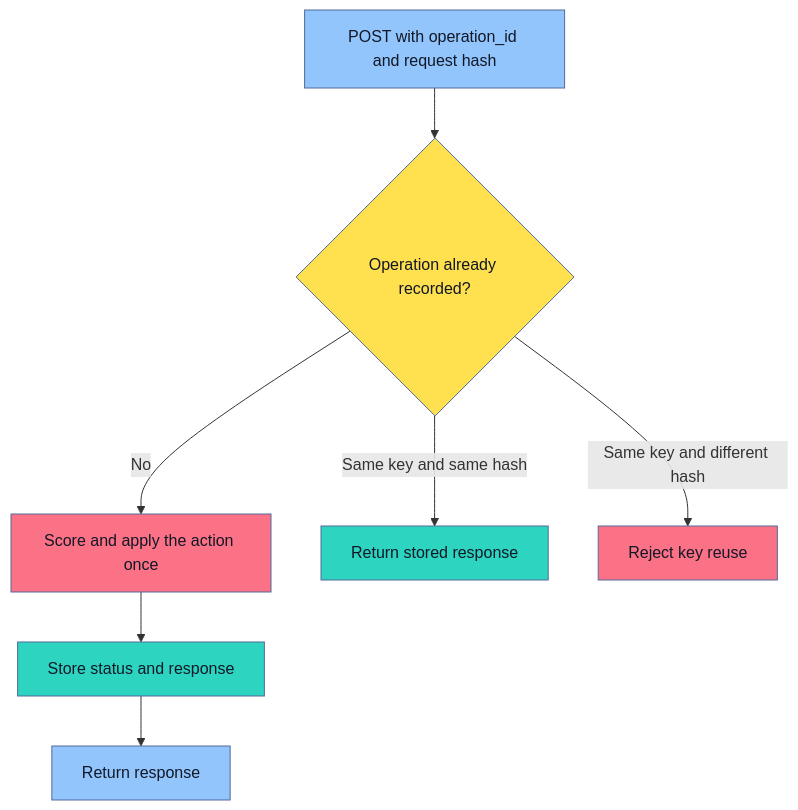
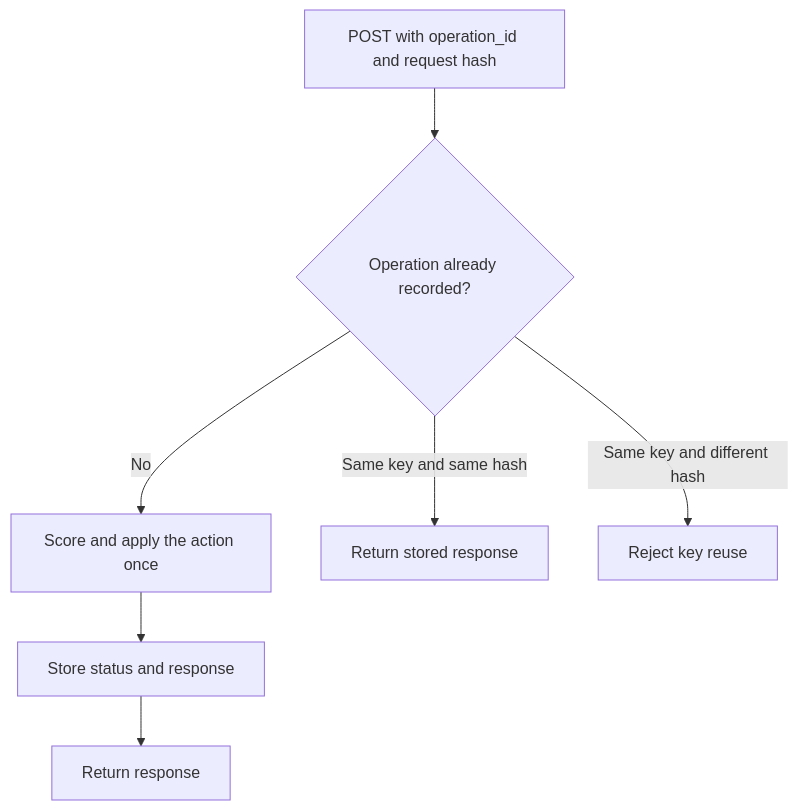
One commit to senlinyy/dev-roadmaps changed the fifth of 8 diagrams in roadmaps/mlops/modules/deployment-and-release-management/release-strategies/01-backward-compatible-model-apis.md. Above: the diagram before and after it, drawn with Mermaid. The commit also changed other lines of this file and 152 other files, not shown here.

Commit message:
feat: mlops and diagrams updated

````diff
--- a/roadmaps/mlops/modules/deployment-and-release-management/release-strategies/01-backward-compatible-model-apis.md
+++ b/roadmaps/mlops/modules/deployment-and-release-management/release-strategies/01-backward-compatible-model-apis.md
@@ -284,17 +284,17 @@
 ```mermaid
 flowchart TD
     A["POST with operation_id and request hash"] --> B{"Operation already recorded?"}
     B -->|"No"| C["Score and apply the action once"]
     C --> D["Store status and response"]
     D --> E["Return response"]
     B -->|"Same key and same hash"| F["Return stored response"]
     B -->|"Same key and different hash"| G["Reject key reuse"]
 
-    style A fill:#93C5FD,stroke:#536A9A,color:#111827
-    style B fill:#FFE04F,stroke:#536A9A,color:#111827
-    style C fill:#FB7185,stroke:#536A9A,color:#111827
-    style D fill:#2DD4BF,stroke:#536A9A,color:#111827
-    style E fill:#93C5FD,stroke:#536A9A,color:#111827
-    style F fill:#2DD4BF,stroke:#536A9A,color:#111827
-    style G fill:#FB7185,stroke:#536A9A,color:#111827
+    class A dp-mermaid-primary
+    class B dp-mermaid-secondary
+    class C dp-mermaid-tertiary
+    class D dp-mermaid-quaternary
+    class E dp-mermaid-primary
+    class F dp-mermaid-quaternary
+    class G dp-mermaid-tertiary
 ```
````
